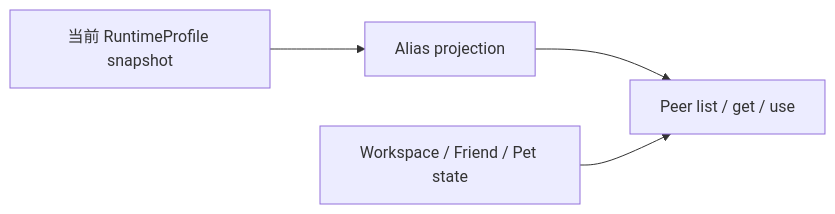
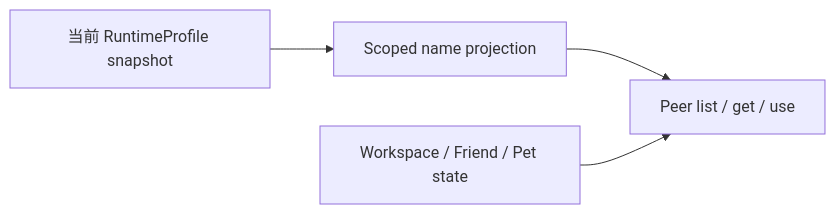
The diagram in guides/zh/developing/gizclaw/services/runtime/peerresource.md (GizClaw/gizclaw), drawn with Mermaid before and after one commit. The commit also changed other lines of this file and 418 other files, not shown here.

````diff
--- a/guides/zh/developing/gizclaw/services/runtime/peerresource.md
+++ b/guides/zh/developing/gizclaw/services/runtime/peerresource.md
@@ -7,6 +7,6 @@
 ```mermaid
 flowchart LR
-    Profile["当前 RuntimeProfile snapshot"] --> Alias["Alias projection"]
-    Alias --> RPC["Peer list / get / use"]
+    Profile["当前 RuntimeProfile snapshot"] --> Name["Scoped name projection"]
+    Name --> RPC["Peer list / get / use"]
     Domain["Workspace / Friend / Pet state"] --> RPC
 ```
````
